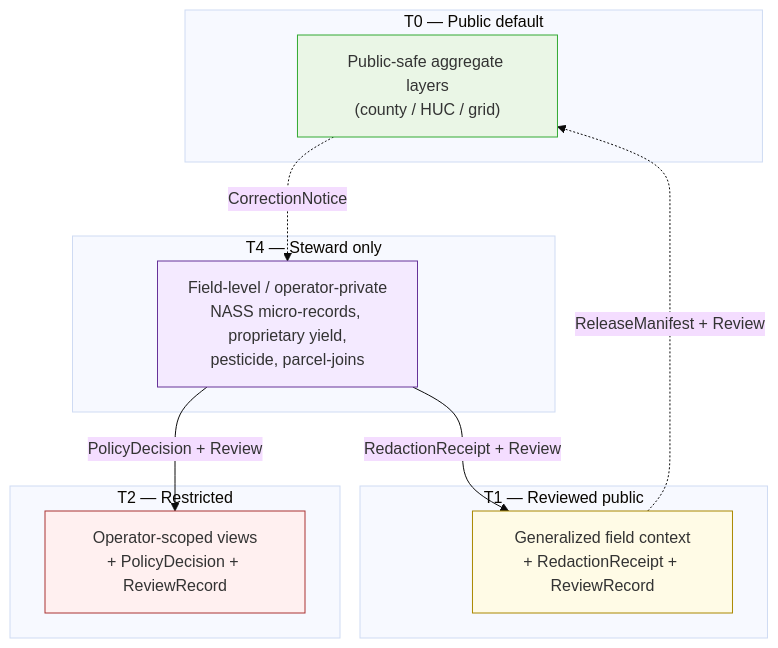
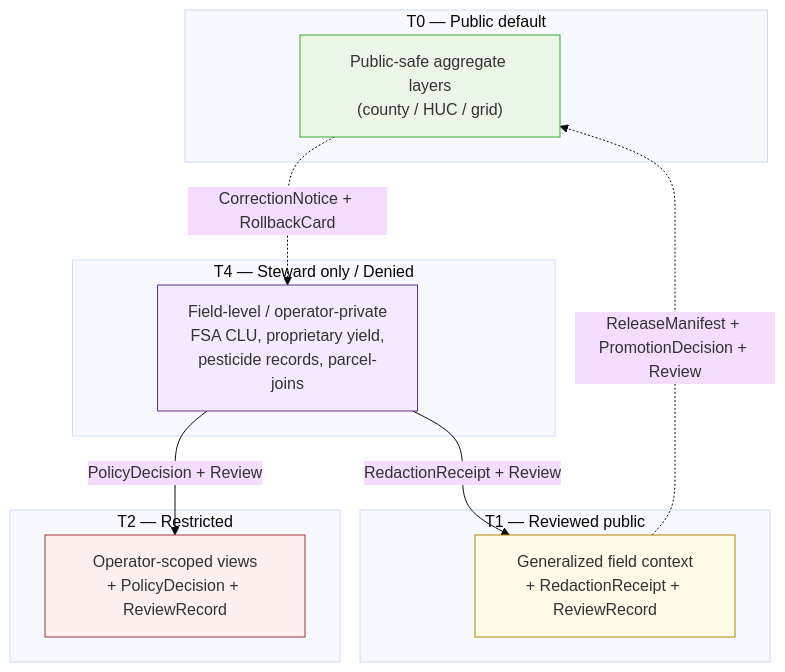
Before and after one commit to bartytime4life/Kansas-Frontier-Matrix: the second of 3 diagrams in docs/domains/agriculture/DATA_LIFECYCLE.md, drawn with Mermaid (base theme). The commit also changed other lines of this file, not shown here.

````diff
--- a/docs/domains/agriculture/DATA_LIFECYCLE.md
+++ b/docs/domains/agriculture/DATA_LIFECYCLE.md
@@ -203,29 +305,29 @@
 ```mermaid
 flowchart TB
     subgraph S0[T0 — Public default]
         L0["Public-safe aggregate layers<br/>(county / HUC / grid)"]
     end
     subgraph S1[T1 — Reviewed public]
         L1["Generalized field context<br/>+ RedactionReceipt + ReviewRecord"]
     end
     subgraph S2[T2 — Restricted]
         L2["Operator-scoped views<br/>+ PolicyDecision + ReviewRecord"]
     end
-    subgraph S4[T4 — Steward only]
-        L4["Field-level / operator-private<br/>NASS micro-records, proprietary yield,<br/>pesticide, parcel-joins"]
+    subgraph S4[T4 — Steward only / Denied]
+        L4["Field-level / operator-private<br/>FSA CLU, proprietary yield,<br/>pesticide records, parcel-joins"]
     end
 
     L4 -->|RedactionReceipt + Review| L1
     L4 -->|PolicyDecision + Review| L2
-    L1 -.->|ReleaseManifest + Review| L0
-    L0 -.->|CorrectionNotice| L4
+    L1 -.->|ReleaseManifest + PromotionDecision + Review| L0
+    L0 -.->|CorrectionNotice + RollbackCard| L4
 
     classDef def fill:#fffbe6,stroke:#a80;
     classDef pub fill:#eaf6e6,stroke:#3a3;
     classDef res fill:#fff0f0,stroke:#a33;
     classDef stew fill:#f4eaff,stroke:#639;
     class L0 pub;
     class L1 def;
     class L2 res;
     class L4 stew;
 ```
````
